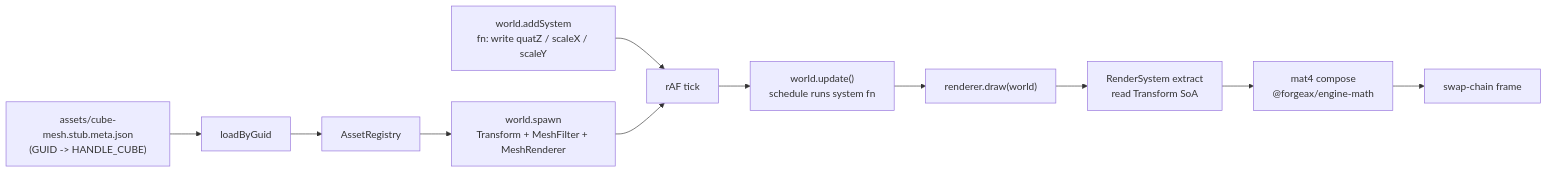
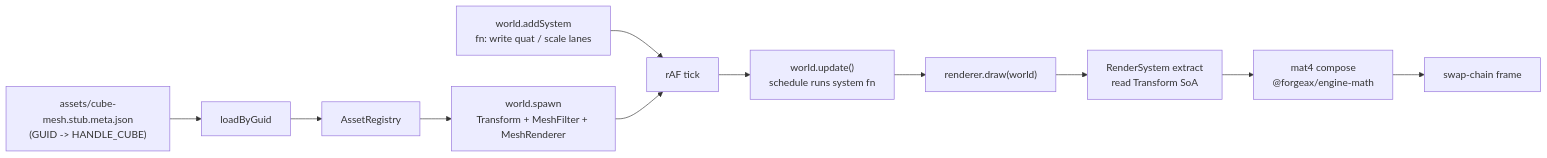
The diagram in packages/engine/apps/learn-render/1.getting-started/5.transformations/README.md (ForgeaX-Games/forgeax-editor), drawn with Mermaid before and after one commit. The commit also changed other lines of this file and 636 other files, not shown here.

````diff
--- a/packages/engine/apps/learn-render/1.getting-started/5.transformations/README.md
+++ b/packages/engine/apps/learn-render/1.getting-started/5.transformations/README.md
@@ -28,13 +28,13 @@
 ```mermaid
 flowchart LR
   Disk["assets/cube-mesh.stub.meta.json<br/>(GUID -> HANDLE_CUBE)"] --> RT["loadByGuid<MeshAsset>"]
   RT --> Reg["AssetRegistry"]
   Reg --> Spawn["world.spawn<br/>Transform + MeshFilter + MeshRenderer"]
-  AddSys["world.addSystem<br/>fn: write quatZ / scaleX / scaleY"] --> Tick
+  AddSys["world.addSystem<br/>fn: write quat / scale lanes"] --> Tick
   Spawn --> Tick["rAF tick"]
   Tick --> Update["world.update()<br/>schedule runs system fn"]
   Update --> Draw["renderer.draw(world)"]
   Draw --> RS["RenderSystem extract<br/>read Transform SoA"]
   RS --> Compose["mat4 compose<br/>@forgeax/engine-math"]
   Compose --> Frame["swap-chain frame"]
 ```
````
